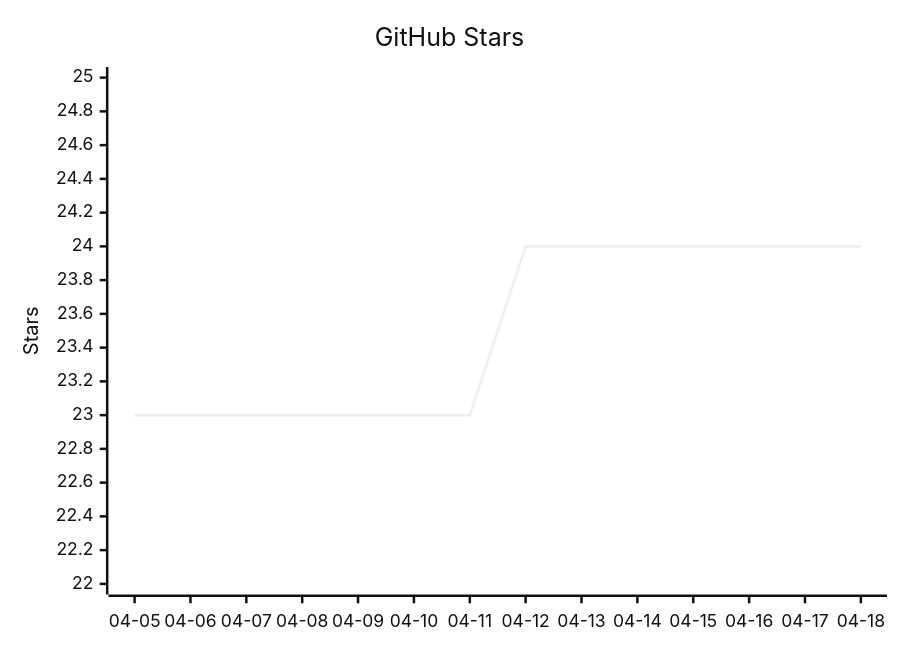
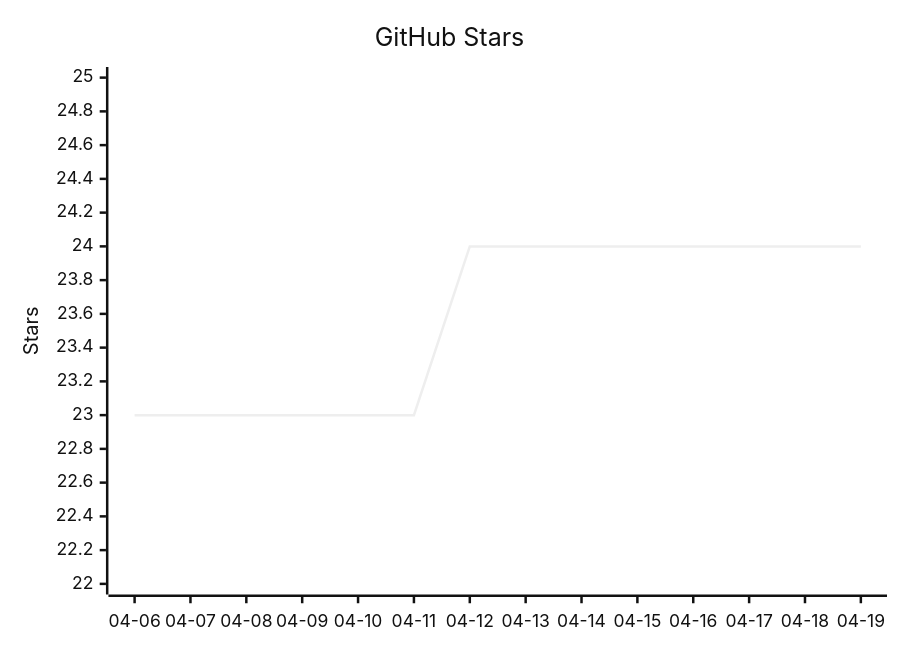
The diagram in README.mbt.md (vectie/moonclaw), drawn with Mermaid (neutral theme) before and after one commit. The commit also changed other lines of this file and 1 other file, not shown here.

Commit message:
Update README star growth

````diff
--- a/README.mbt.md
+++ b/README.mbt.md
@@ -486,7 +486,7 @@
 ```mermaid
 xychart-beta
     title "GitHub Stars"
-    x-axis ["04-05","04-06","04-07","04-08","04-09","04-10","04-11","04-12","04-13","04-14","04-15","04-16","04-17","04-18"]
+    x-axis ["04-06","04-07","04-08","04-09","04-10","04-11","04-12","04-13","04-14","04-15","04-16","04-17","04-18","04-19"]
     y-axis "Stars" 22 --> 25
-    line [23,23,23,23,23,23,23,24,24,24,24,24,24,24]
+    line [23,23,23,23,23,23,24,24,24,24,24,24,24,24]
 ```
````
